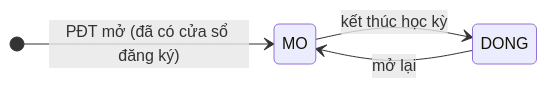
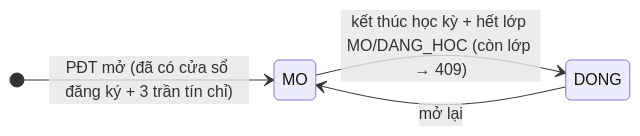
One commit to ThaiSon-123/HeThongDangKyMonHoc changed the tenth of 12 diagrams in plan.md. Above: the diagram before and after it, drawn with Mermaid. The commit also changed other lines of this file and 154 other files, not shown here.

````diff
--- a/plan.md
+++ b/plan.md
@@ -991,7 +1036,7 @@
 ```mermaid
 stateDiagram-v2
     direction LR
-    [*] --> MO: PĐT mở (đã có cửa sổ đăng ký)
-    MO --> DONG: kết thúc học kỳ
+    [*] --> MO: PĐT mở (đã có cửa sổ đăng ký + 3 trần tín chỉ)
+    MO --> DONG: kết thúc học kỳ + hết lớp MO/DANG_HOC (còn lớp → 409)
     DONG --> MO: mở lại
 ```
````
